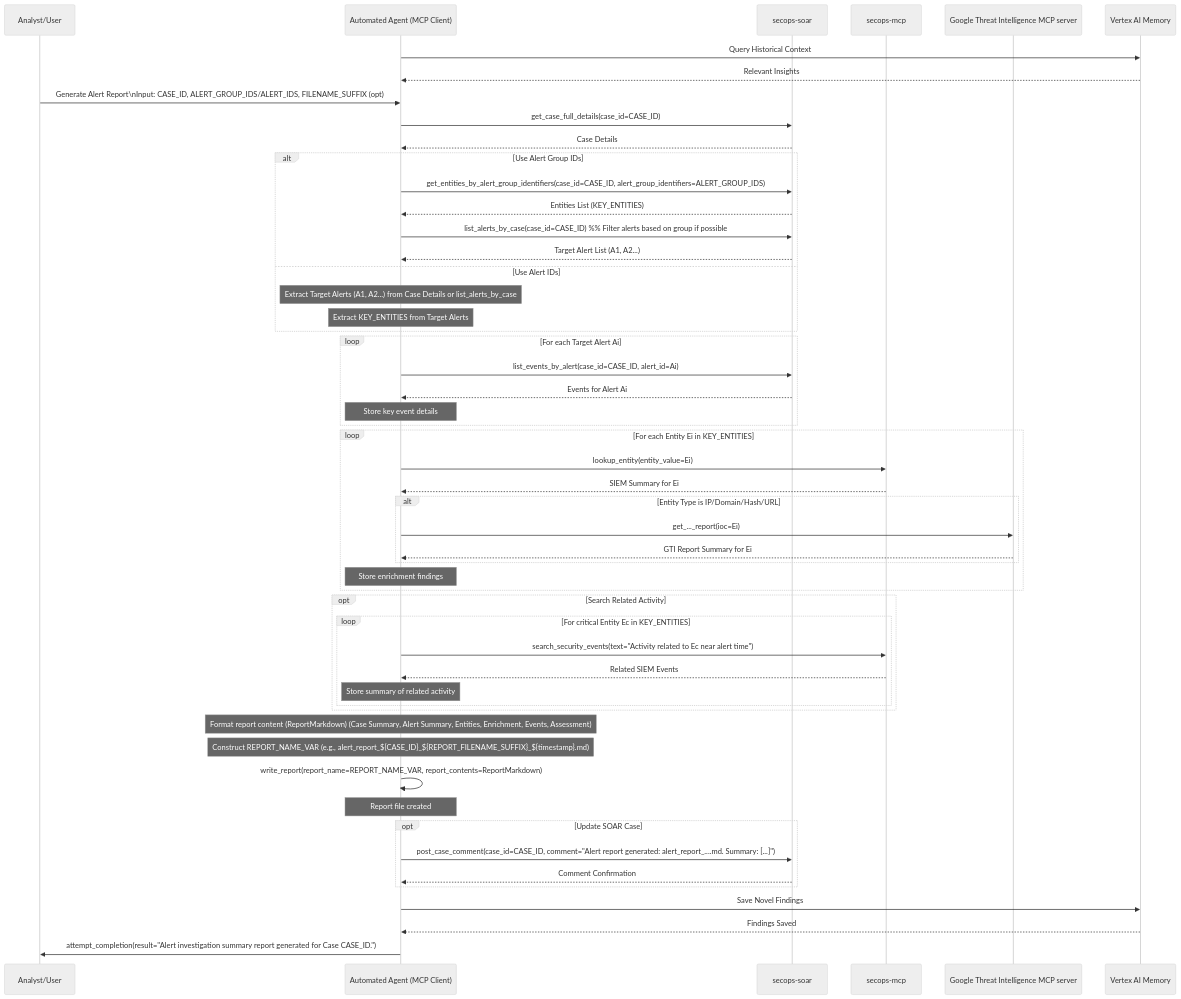
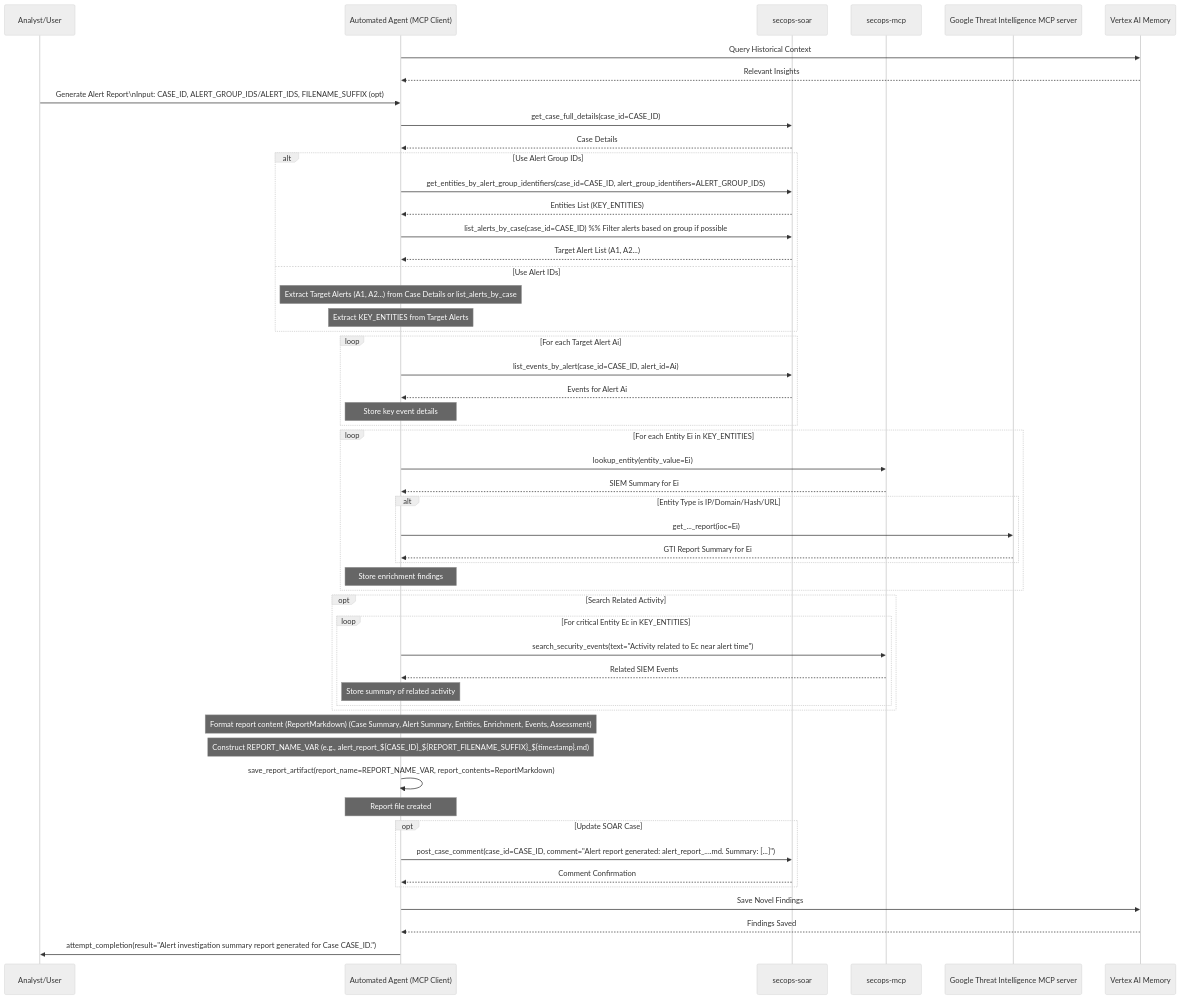
One commit to dandye/adk_runbooks changed the diagram in rules-bank/run_books/alert_report.md. Above: the diagram before and after it, drawn with Mermaid (neutral theme). The commit also changed other lines of this file and 109 other files, not shown here.

````diff
--- a/rules-bank/run_books/alert_report.md
+++ b/rules-bank/run_books/alert_report.md
@@ -66,78 +70,78 @@
 ```mermaid
 sequenceDiagram
     participant Analyst/User
     participant AutomatedAgent as Automated Agent (MCP Client)
     participant SOAR as secops-soar
     participant SIEM as secops-mcp
     participant GTI as Google Threat Intelligence MCP server
     participant Memory as Vertex AI Memory
 
 
     %% Step: Query Memory Context
     AutomatedAgent->>Memory: Query Historical Context
     Memory-->>AutomatedAgent: Relevant Insights
     Analyst/User->>AutomatedAgent: Generate Alert Report\nInput: CASE_ID, ALERT_GROUP_IDS/ALERT_IDS, FILENAME_SUFFIX (opt)
 
     %% Step 1: Context
     AutomatedAgent->>SOAR: get_case_full_details(case_id=CASE_ID)
     SOAR-->>AutomatedAgent: Case Details
 
     %% Step 2: Identify Alerts & Entities
     alt Use Alert Group IDs
         AutomatedAgent->>SOAR: get_entities_by_alert_group_identifiers(case_id=CASE_ID, alert_group_identifiers=ALERT_GROUP_IDS)
         SOAR-->>AutomatedAgent: Entities List (KEY_ENTITIES)
         AutomatedAgent->>SOAR: list_alerts_by_case(case_id=CASE_ID) %% Filter alerts based on group if possible
         SOAR-->>AutomatedAgent: Target Alert List (A1, A2...)
     else Use Alert IDs
         Note over AutomatedAgent: Extract Target Alerts (A1, A2...) from Case Details or list_alerts_by_case
         Note over AutomatedAgent: Extract KEY_ENTITIES from Target Alerts
     end
 
     %% Step 3: Gather Alert Events
     loop For each Target Alert Ai
         AutomatedAgent->>SOAR: list_events_by_alert(case_id=CASE_ID, alert_id=Ai)
         SOAR-->>AutomatedAgent: Events for Alert Ai
         Note over AutomatedAgent: Store key event details
     end
 
     %% Step 4: Enrich Key Entities
     loop For each Entity Ei in KEY_ENTITIES
         AutomatedAgent->>SIEM: lookup_entity(entity_value=Ei)
         SIEM-->>AutomatedAgent: SIEM Summary for Ei
         alt Entity Type is IP/Domain/Hash/URL
             AutomatedAgent->>GTI: get_..._report(ioc=Ei)
             GTI-->>AutomatedAgent: GTI Report Summary for Ei
         end
         Note over AutomatedAgent: Store enrichment findings
     end
 
     %% Step 5: Optional SIEM Search
     opt Search Related Activity
         loop For critical Entity Ec in KEY_ENTITIES
             AutomatedAgent->>SIEM: search_security_events(text="Activity related to Ec near alert time")
             SIEM-->>AutomatedAgent: Related SIEM Events
             Note over AutomatedAgent: Store summary of related activity
         end
     end
 
     %% Step 6 & 7: Synthesize & Write Report
     Note over AutomatedAgent: Format report content (ReportMarkdown) (Case Summary, Alert Summary, Entities, Enrichment, Events, Assessment)
     Note over AutomatedAgent: Construct REPORT_NAME_VAR (e.g., alert_report_${CASE_ID}_${REPORT_FILENAME_SUFFIX}_${timestamp}.md)
-    AutomatedAgent->>AutomatedAgent: write_report(report_name=REPORT_NAME_VAR, report_contents=ReportMarkdown)
+    AutomatedAgent->>AutomatedAgent: save_report_artifact(report_name=REPORT_NAME_VAR, report_contents=ReportMarkdown)
     Note over AutomatedAgent: Report file created
 
     %% Step 8: Optional SOAR Update
     opt Update SOAR Case
         AutomatedAgent->>SOAR: post_case_comment(case_id=CASE_ID, comment="Alert report generated: alert_report_....md. Summary: [...]")
         SOAR-->>AutomatedAgent: Comment Confirmation
     end
 
     %% Step 9: Completion
 
     %% Step: Save Findings to Memory
     AutomatedAgent->>Memory: Save Novel Findings
     Memory-->>AutomatedAgent: Findings Saved
     AutomatedAgent->>Analyst/User: attempt_completion(result="Alert investigation summary report generated for Case CASE_ID.")
 
 
 ```
````
